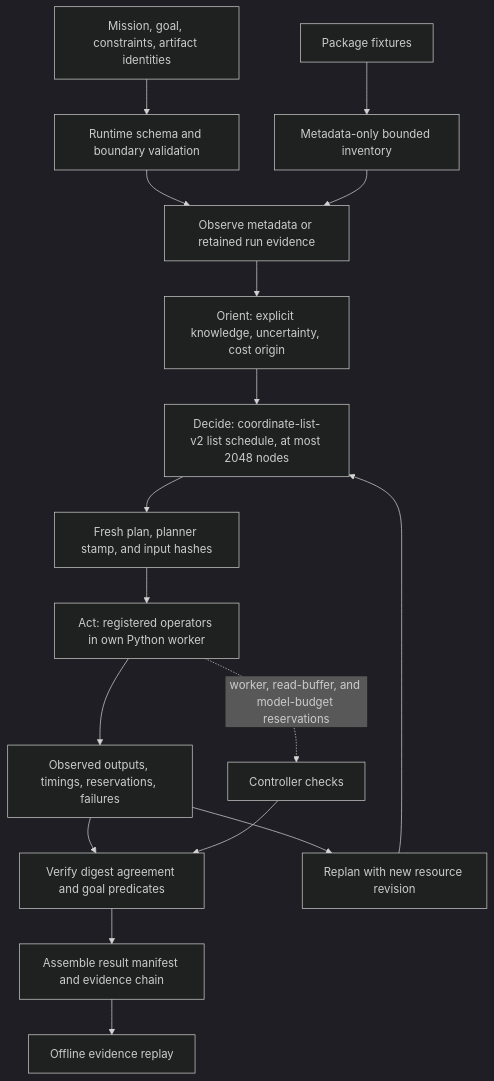
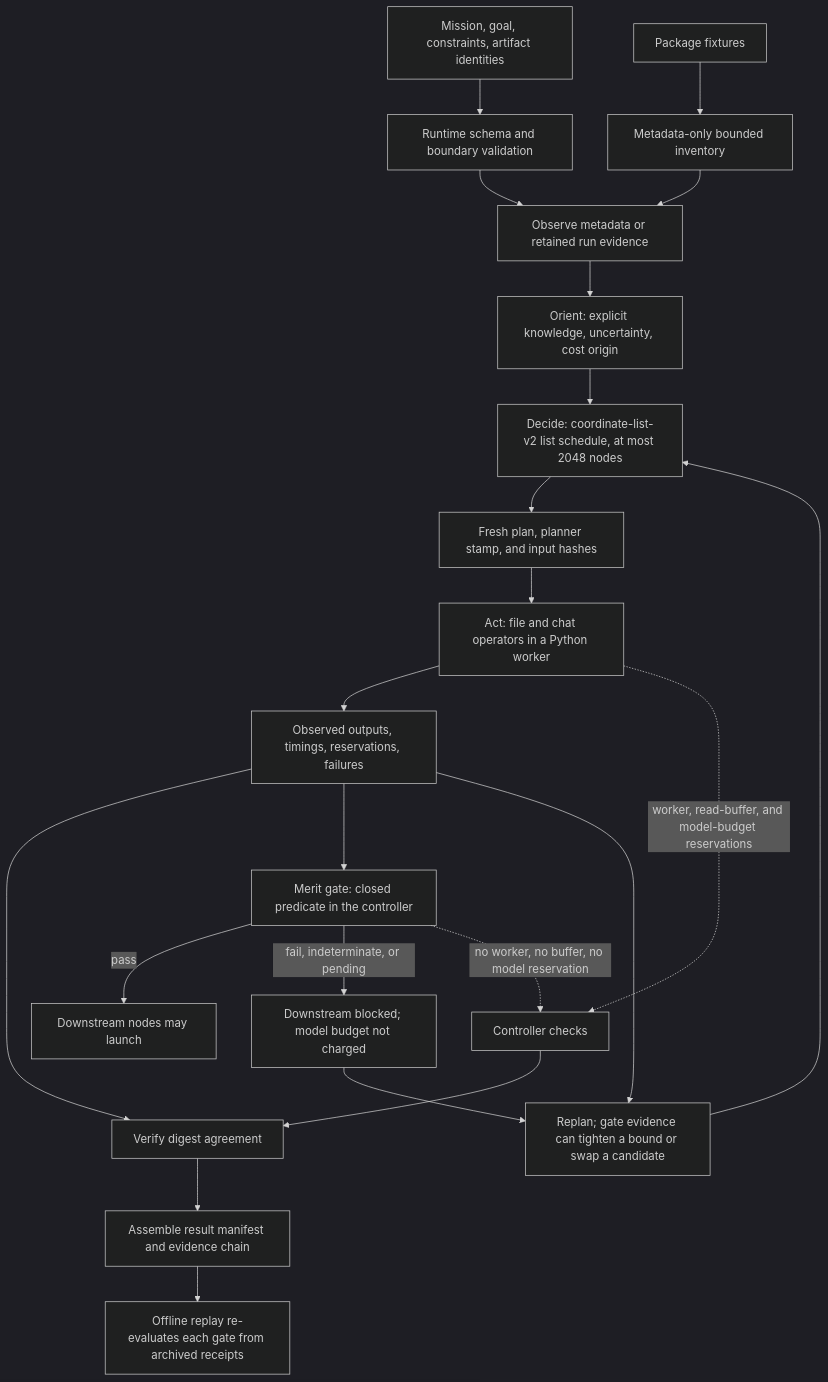
One commit to ZuluYokohama/mission-lab changed the diagram in research/mission_lab_v0_1/ARCHITECTURE.mmd. Above: the diagram before and after it, drawn with Mermaid (dark theme). The commit also changed 20 other files, not shown here.

First line of the commit message:
Add merit gates as first-class operator nodes (#13)

```diff
--- a/research/mission_lab_v0_1/ARCHITECTURE.mmd
+++ b/research/mission_lab_v0_1/ARCHITECTURE.mmd
@@ -1,17 +1,22 @@
 flowchart TD
     A[Mission, goal, constraints, artifact identities] --> V[Runtime schema and boundary validation]
     V --> O[Observe metadata or retained run evidence]
     O --> K[Orient: explicit knowledge, uncertainty, cost origin]
     K --> D[Decide: coordinate-list-v2 list schedule, at most 2048 nodes]
     D --> P[Fresh plan, planner stamp, and input hashes]
-    P --> X[Act: registered operators in own Python worker]
+    P --> X[Act: file and chat operators in a Python worker]
     X --> E[Observed outputs, timings, reservations, failures]
-    E --> G[Verify digest agreement and goal predicates]
+    E --> G[Verify digest agreement]
     G --> M[Assemble result manifest and evidence chain]
-    E --> R[Replan with new resource revision]
+    E --> W[Merit gate: closed predicate in the controller]
+    W -->|pass| N[Downstream nodes may launch]
+    W -->|fail, indeterminate, or pending| Z[Downstream blocked; model budget not charged]
+    Z --> R[Replan; gate evidence can tighten a bound or swap a candidate]
+    E --> R
     R --> D
-    M --> Q[Offline evidence replay]
+    M --> Q[Offline replay re-evaluates each gate from archived receipts]
     U[Package fixtures] --> I[Metadata-only bounded inventory]
     I --> O
     X -. worker, read-buffer, and model-budget reservations .-> B[Controller checks]
     B --> G
+    W -. no worker, no buffer, no model reservation .-> B
```
